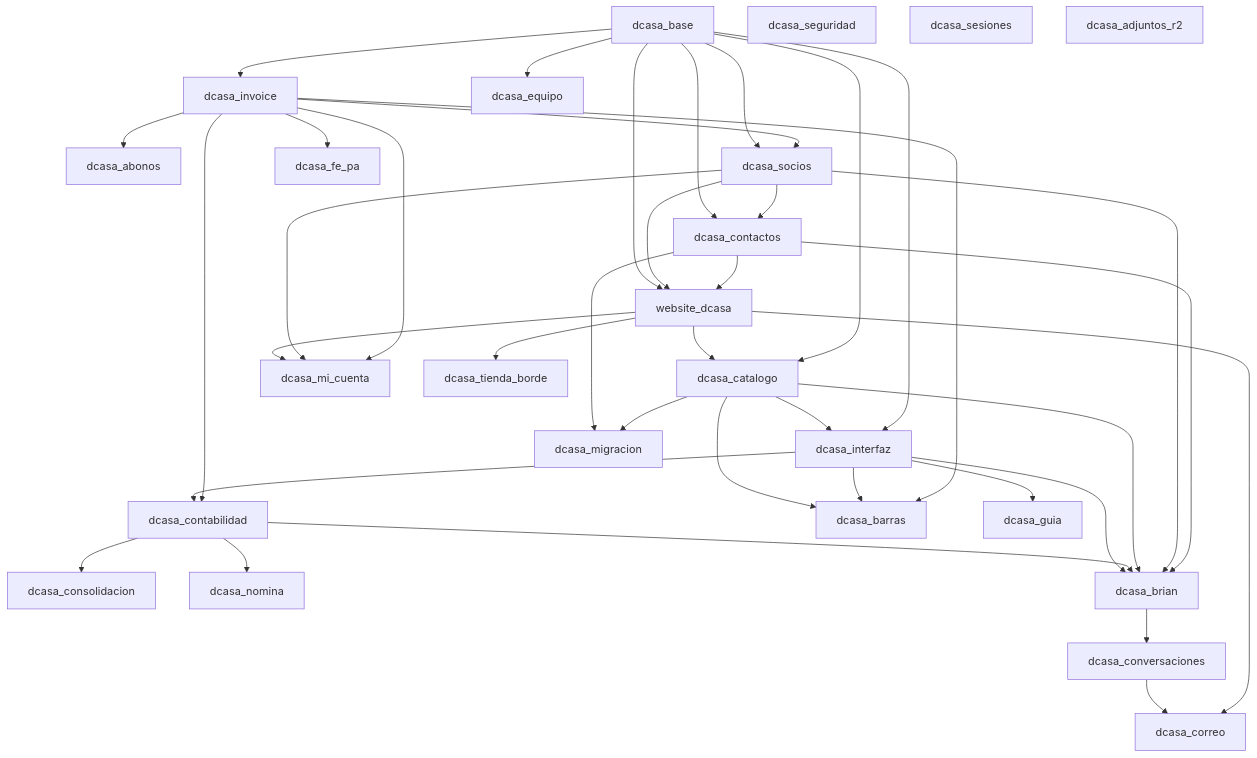
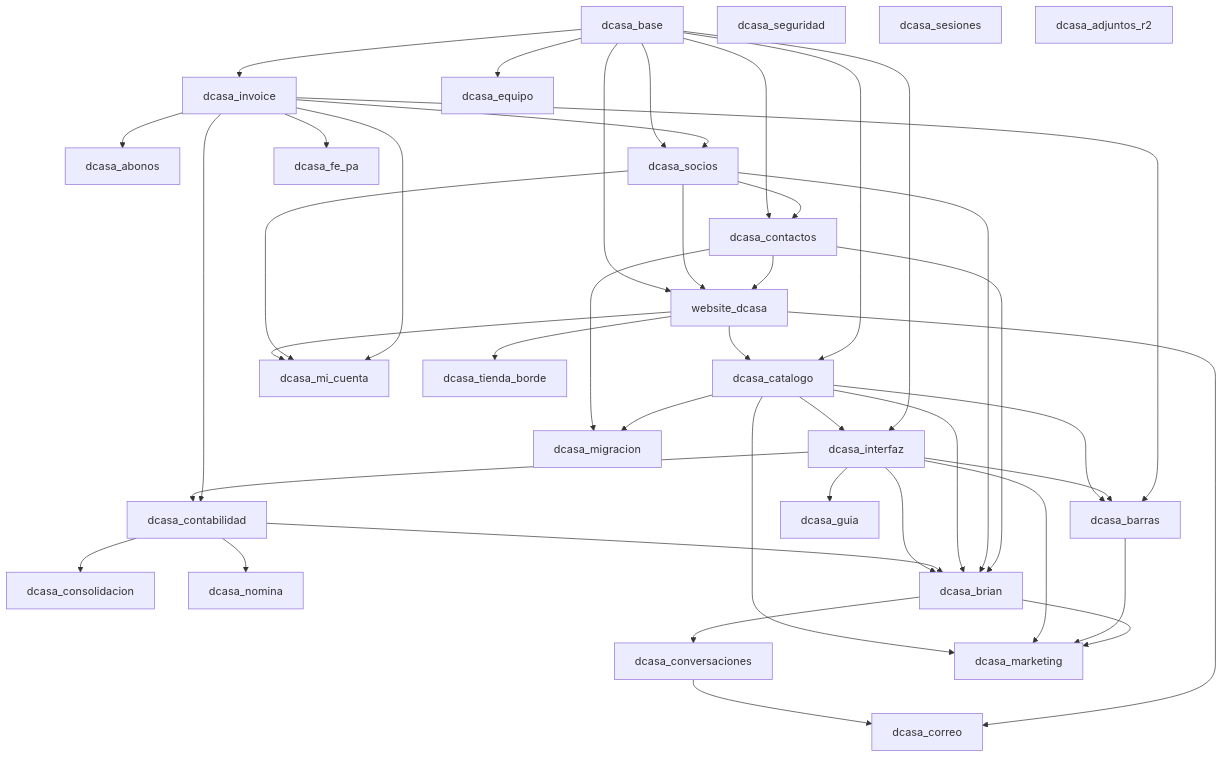
Before and after one commit to dcasapty/D_Casa_new_word: the diagram in docs/MODULOS.md, drawn with Mermaid. The commit also changed other lines of this file and 38 other files, not shown here.

First line of the commit message:
Fotos del producto en grande y app Marketing (dcasa_marketing)

````diff
--- a/docs/MODULOS.md
+++ b/docs/MODULOS.md
@@ -58,43 +59,47 @@
 ```mermaid
 flowchart TD
   base[dcasa_base] --> invoice[dcasa_invoice]
   invoice --> abonos[dcasa_abonos]
   base --> socios[dcasa_socios]
   invoice --> socios
   base --> contactos[dcasa_contactos]
   socios --> contactos
   base --> web[website_dcasa]
   socios --> web
   contactos --> web
   web --> catalogo[dcasa_catalogo]
   base --> catalogo
   catalogo --> interfaz[dcasa_interfaz]
   base --> interfaz
   web --> micuenta[dcasa_mi_cuenta]
   socios --> micuenta
   invoice --> micuenta
   interfaz --> conta[dcasa_contabilidad]
   invoice --> conta
   conta --> conso[dcasa_consolidacion]
   conta --> nomina[dcasa_nomina]
   base --> equipo[dcasa_equipo]
   catalogo --> barras[dcasa_barras]
   interfaz --> barras
   invoice --> barras
   interfaz --> brian[dcasa_brian]
   conta --> brian
   catalogo --> brian
   socios --> brian
   contactos --> brian
   brian --> conv[dcasa_conversaciones]
   conv --> correo[dcasa_correo]
   web --> correo
   interfaz --> guia[dcasa_guia]
+  catalogo --> marketing[dcasa_marketing]
+  interfaz --> marketing
+  barras --> marketing
+  brian --> marketing
   contactos --> migracion[dcasa_migracion]
   catalogo --> migracion
   invoice --> fe[dcasa_fe_pa]
   web --> borde[dcasa_tienda_borde]
   seguridad[dcasa_seguridad]
   sesiones[dcasa_sesiones]
   r2[dcasa_adjuntos_r2]
 ```
````
